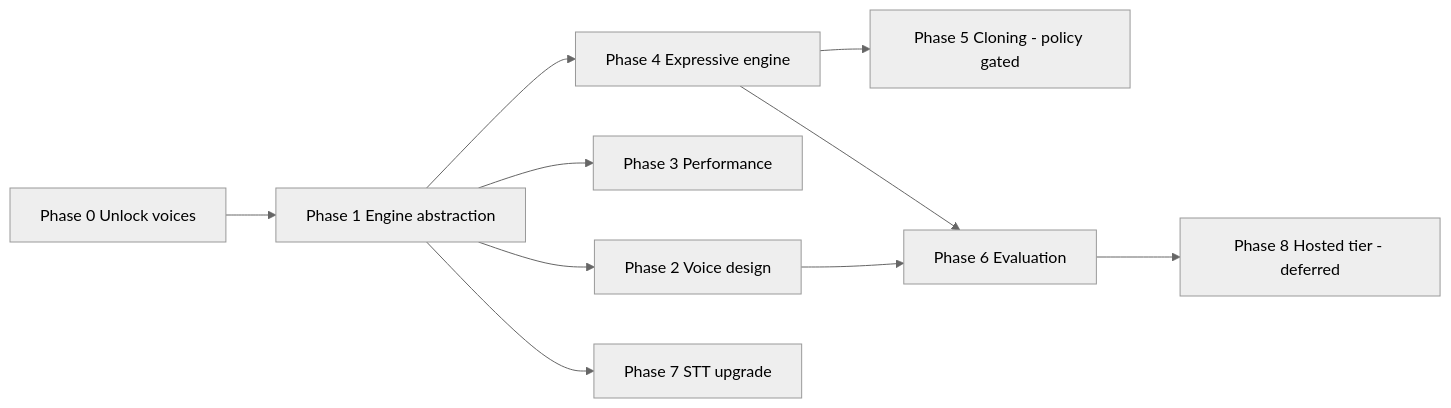
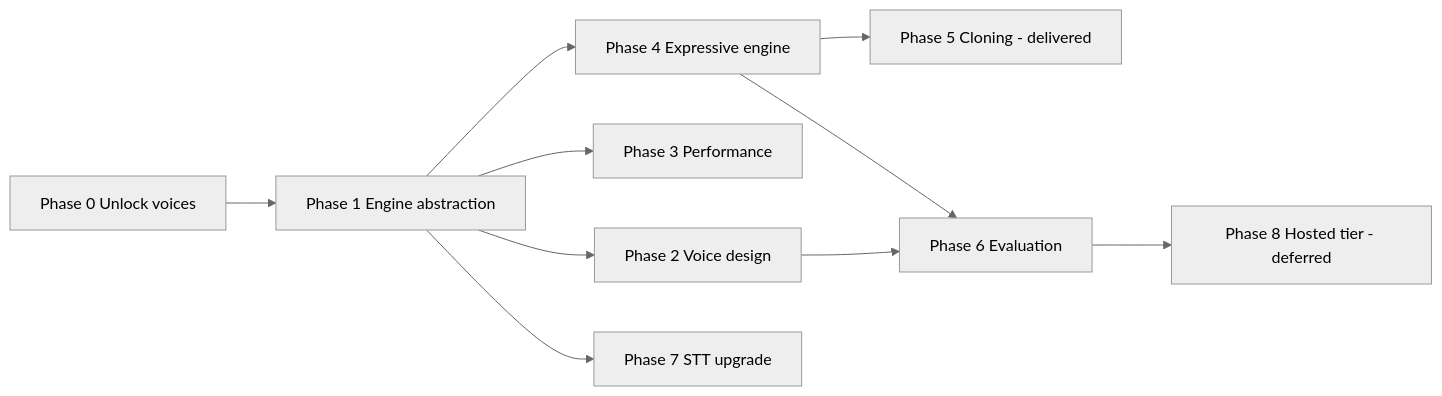
Before and after one commit to reactorynet/reactory-speech-service: the diagram in docs/roadmap/voice-expression-roadmap.md, drawn with Mermaid (neutral theme). The commit also changed other lines of this file, not shown here.

First line of the commit message:
docs(roadmap): mark Phase 5 delivered and correct the watermark direction

````diff
--- a/docs/roadmap/voice-expression-roadmap.md
+++ b/docs/roadmap/voice-expression-roadmap.md
@@ -23,12 +24,12 @@
 ```mermaid
 flowchart LR
     P0[Phase 0 Unlock voices] --> P1[Phase 1 Engine abstraction]
     P1 --> P2[Phase 2 Voice design]
     P1 --> P3[Phase 3 Performance]
     P1 --> P4[Phase 4 Expressive engine]
-    P4 --> P5[Phase 5 Cloning - policy gated]
+    P4 --> P5[Phase 5 Cloning - delivered]
     P2 --> P6[Phase 6 Evaluation]
     P4 --> P6
     P1 --> P7[Phase 7 STT upgrade]
     P6 --> P8[Phase 8 Hosted tier - deferred]
 ```
````
